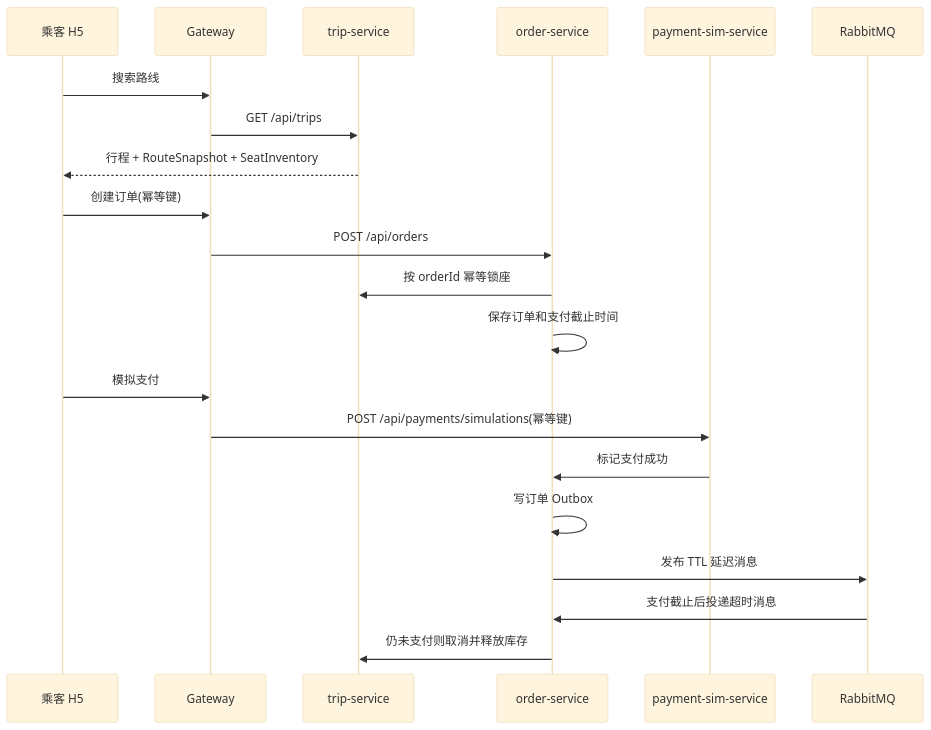
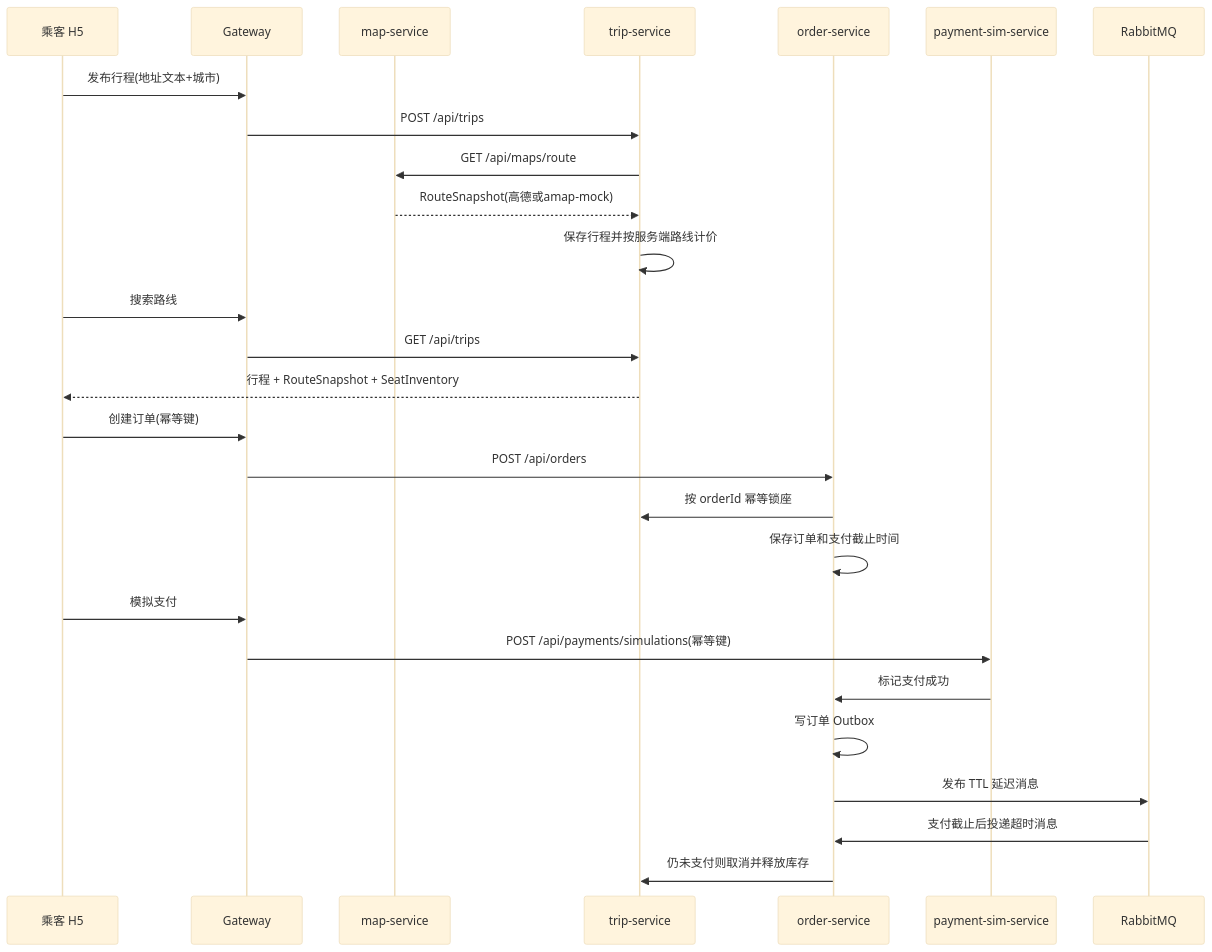
The diagram in docs/architecture.md (llfzzz/o2o-Local-Carpooling), drawn with Mermaid (base theme) before and after one commit. The commit also changed other lines of this file and 46 other files, not shown here.

Commit message:
Implement authoritative map route quotes

````diff
--- a/docs/architecture.md
+++ b/docs/architecture.md
@@ -57,24 +57,30 @@
 ```mermaid
 sequenceDiagram
   participant Rider as 乘客 H5
   participant Gateway as Gateway
+  participant Map as map-service
   participant Trip as trip-service
   participant Order as order-service
   participant Pay as payment-sim-service
   participant MQ as RabbitMQ
 
+  Rider->>Gateway: 发布行程(地址文本+城市)
+  Gateway->>Trip: POST /api/trips
+  Trip->>Map: GET /api/maps/route
+  Map-->>Trip: RouteSnapshot(高德或amap-mock)
+  Trip->>Trip: 保存行程并按服务端路线计价
   Rider->>Gateway: 搜索路线
   Gateway->>Trip: GET /api/trips
   Trip-->>Rider: 行程 + RouteSnapshot + SeatInventory
   Rider->>Gateway: 创建订单(幂等键)
   Gateway->>Order: POST /api/orders
   Order->>Trip: 按 orderId 幂等锁座
   Order->>Order: 保存订单和支付截止时间
   Rider->>Gateway: 模拟支付
   Gateway->>Pay: POST /api/payments/simulations(幂等键)
   Pay->>Order: 标记支付成功
   Order->>Order: 写订单 Outbox
   Order->>MQ: 发布 TTL 延迟消息
   MQ->>Order: 支付截止后投递超时消息
   Order->>Trip: 仍未支付则取消并释放库存
 ```
````
